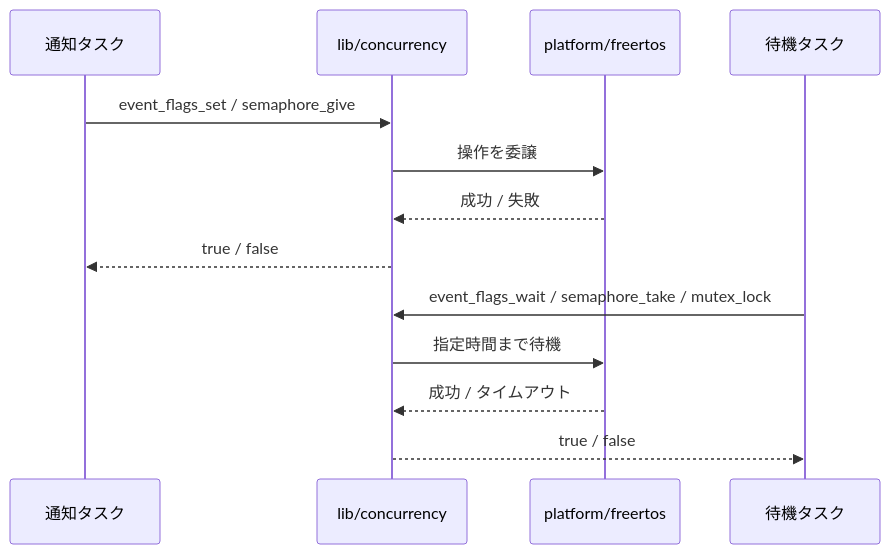
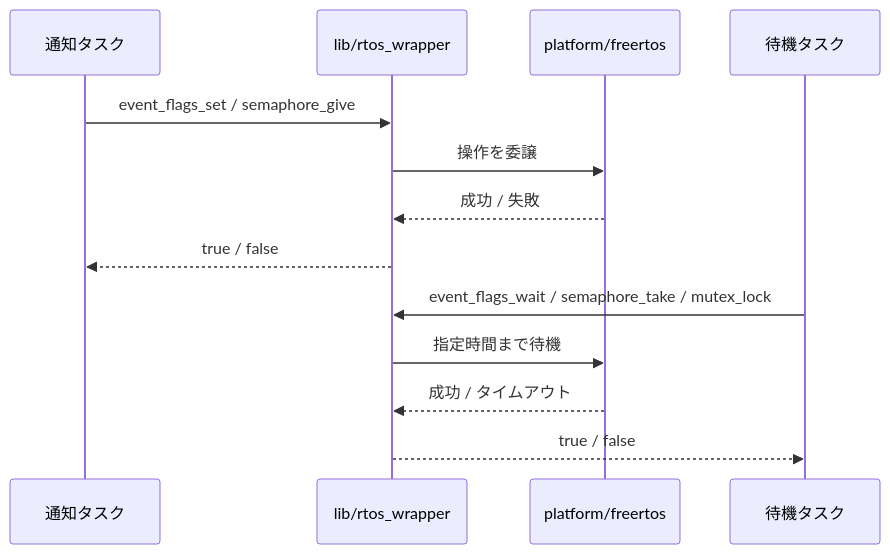
Before and after one commit to starkensan/usb_midi_pedal: the second of 2 diagrams in docs/designs/rtos-synchronization.md, drawn with Mermaid. The commit also changed other lines of this file, not shown here.

Commit message:
docs: RTOS同期図のパスを修正 refs #68

````diff
--- a/docs/designs/rtos-synchronization.md
+++ b/docs/designs/rtos-synchronization.md
@@ -78,16 +78,16 @@
 ```mermaid
 sequenceDiagram
     participant Producer as 通知タスク
-    participant API as lib/concurrency
+    participant API as lib/rtos_wrapper
     participant Adapter as platform/freertos
     participant Consumer as 待機タスク
 
     Producer->>API: event_flags_set / semaphore_give
     API->>Adapter: 操作を委譲
     Adapter-->>API: 成功 / 失敗
     API-->>Producer: true / false
     Consumer->>API: event_flags_wait / semaphore_take / mutex_lock
     API->>Adapter: 指定時間まで待機
     Adapter-->>API: 成功 / タイムアウト
     API-->>Consumer: true / false
 ```
````
